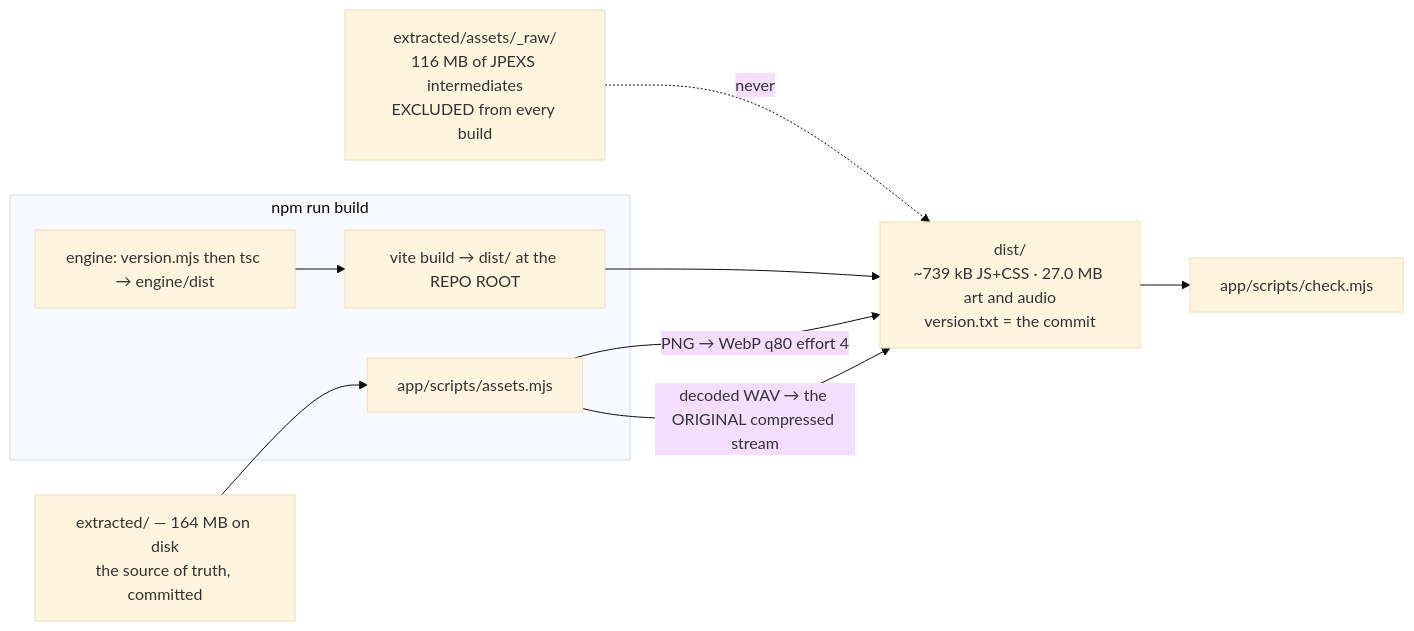
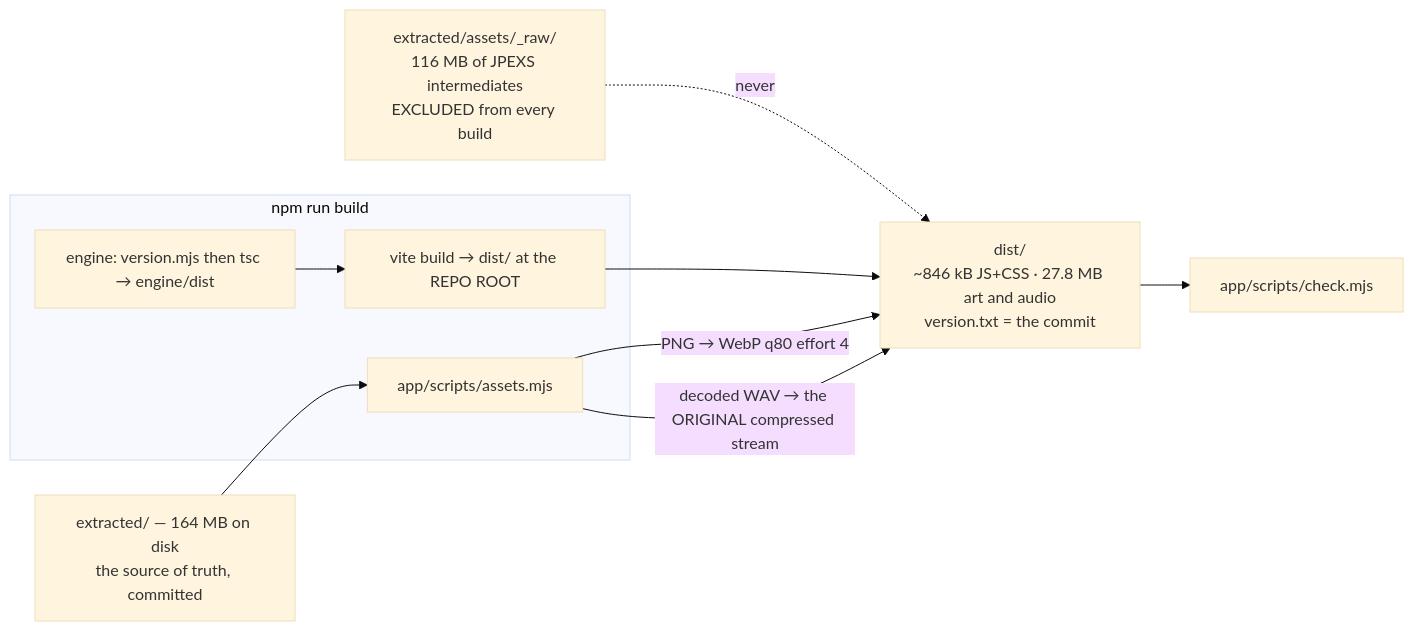
Before and after one commit to sjayan009/fireboy-and-watergirl: diagram 17 of 20 in docs/ARCHITECTURE.MD, drawn with Mermaid (base theme). The commit also changed other lines of this file and 62 other files, not shown here.

````diff
--- a/docs/ARCHITECTURE.MD
+++ b/docs/ARCHITECTURE.MD
@@ -985,19 +999,19 @@
 ```mermaid
 flowchart LR
     EX["extracted/ — 164 MB on disk<br/>the source of truth, committed"]
     RAW["extracted/assets/_raw/<br/>116 MB of JPEXS intermediates<br/>EXCLUDED from every build"]
     subgraph BUILD["npm run build"]
         E1["engine: version.mjs then tsc → engine/dist"]
         V1["vite build → dist/ at the REPO ROOT"]
         A1["app/scripts/assets.mjs"]
     end
-    DIST["dist/<br/>~739 kB JS+CSS · 27.0 MB art and audio<br/>version.txt = the commit"]
+    DIST["dist/<br/>~846 kB JS+CSS · 27.8 MB art and audio<br/>version.txt = the commit"]
     CHK["app/scripts/check.mjs"]
 
     EX --> A1
     RAW -. never .-> DIST
     E1 --> V1 --> DIST
     A1 -->|"PNG → WebP q80 effort 4"| DIST
     A1 -->|"decoded WAV → the ORIGINAL compressed stream"| DIST
     DIST --> CHK
 ```
````
